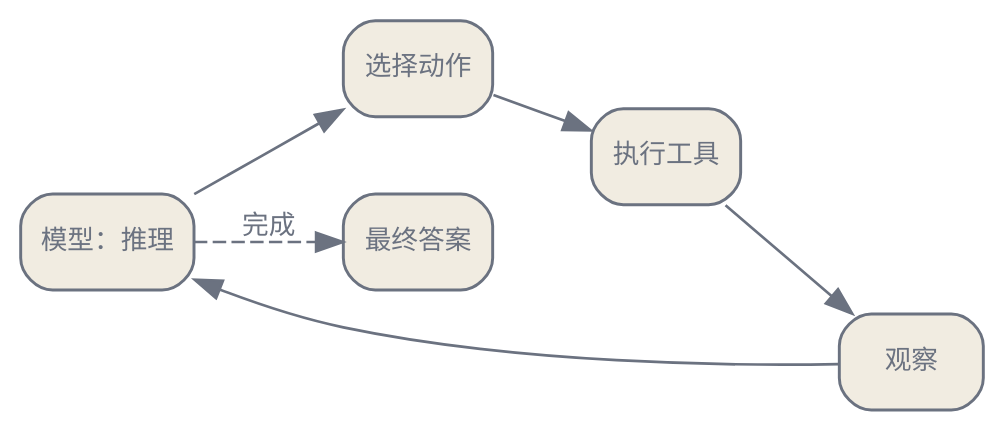
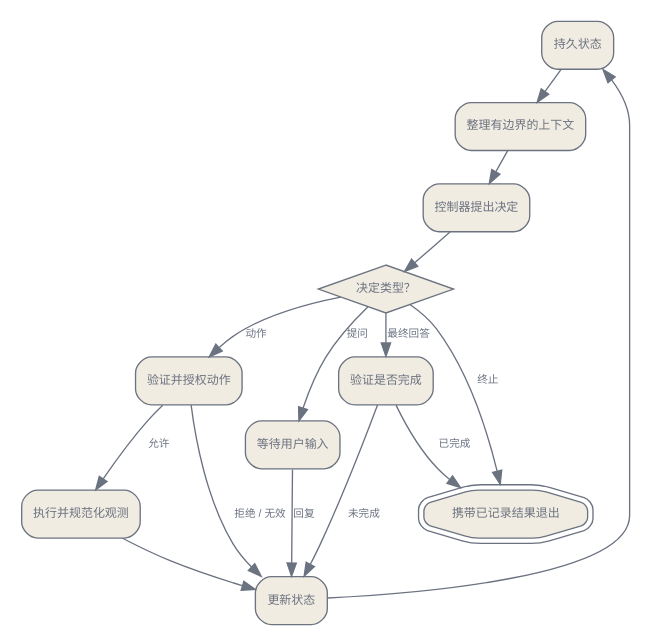
The diagram in zh/orchestration/02-agent-architectures.qmd (latere-ai/ai-as-an-infrastructure), drawn with Graphviz before and after one commit. The commit also changed other lines of this file and 2 other files, not shown here.

Commit message:
docs: rewrite Chinese agent architecture chapter

````diff
--- a/zh/orchestration/02-agent-architectures.qmd
+++ b/zh/orchestration/02-agent-architectures.qmd
@@ -59,21 +50,36 @@
 ```{dot}
 //| label: fig-agent-architectures-react-loop
-//| fig-cap: "先推理后行动的循环。每一回合,模型先推理、选一个动作,再把观察折回来重新推理。依据 Yao 等(2023)。"
+//| fig-cap: "一个封闭的智能体循环。持久状态被整理成上下文，控制器提出带类型的决定，运行时则分别处理提问、受保护的动作、最终回答和终止条件。"
 digraph {
     bgcolor="transparent";
-    rankdir=LR;
-    nodesep=0.4; ranksep=0.5;
-    node [shape=box, style="rounded,filled", fontname="Helvetica", fontsize=10, color="#6b7280", fontcolor="#6b7280", fillcolor="#f1ece1", penwidth=1.1];
-    edge [fontsize=10, fontname="Helvetica", color="#6b7280", fontcolor="#6b7280"];
-    M [label="模型：推理"];
-    A [label="选择动作"];
-    T [label="执行工具"];
-    O [label="观察"];
-    F [label="最终答案"];
-    M -> A;
-    A -> T;
-    T -> O;
-    O -> M;
-    M -> F [style=dashed, label="完成"];
+    rankdir=TB;
+    size="3.2,8.0";
+    nodesep=0.25; ranksep=0.32;
+    node [shape=box, style="rounded,filled", fontname="Helvetica", fontsize=9, color="#6b7280", fontcolor="#6b7280", fillcolor="#f1ece1", penwidth=1.0];
+    edge [fontsize=8, fontname="Helvetica", color="#6b7280", fontcolor="#6b7280"];
+
+    S [label="持久状态"];
+    C [label="整理有边界的上下文"];
+    P [label="控制器提出决定"];
+    D [label="决定类型？", shape=diamond, style=filled];
+    G [label="验证并授权动作"];
+    E [label="执行并规范化观测"];
+    Q [label="等待用户输入"];
+    V [label="验证是否完成"];
+    U [label="更新状态"];
+    X [label="携带已记录结果退出", shape=doubleoctagon];
+
+    S -> C -> P -> D;
+    D -> G [label="动作"];
+    G -> E [label="允许"];
+    G -> U [label="拒绝 / 无效"];
+    E -> U;
+    D -> Q [label="提问"];
+    Q -> U [label="回复"];
+    D -> V [label="最终回答"];
+    V -> X [label="已完成"];
+    V -> U [label="未完成"];
+    D -> X [label="终止"];
+    U -> S;
 }
 ```
````
